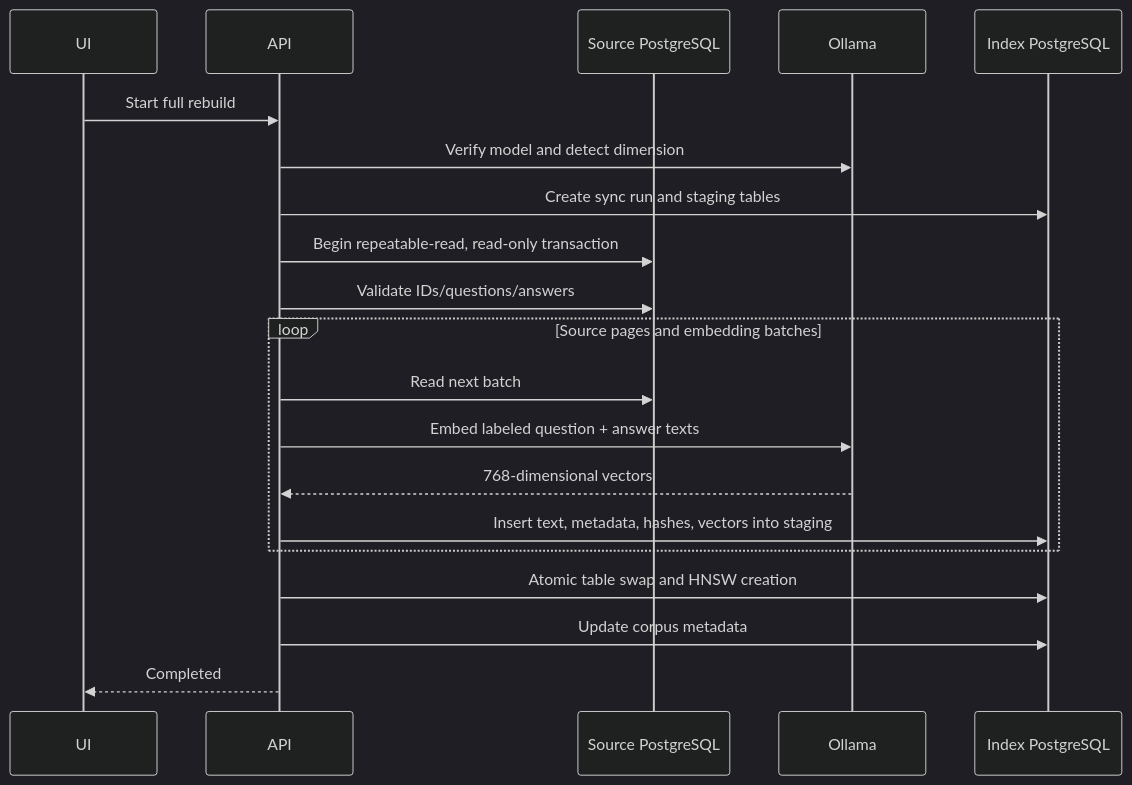
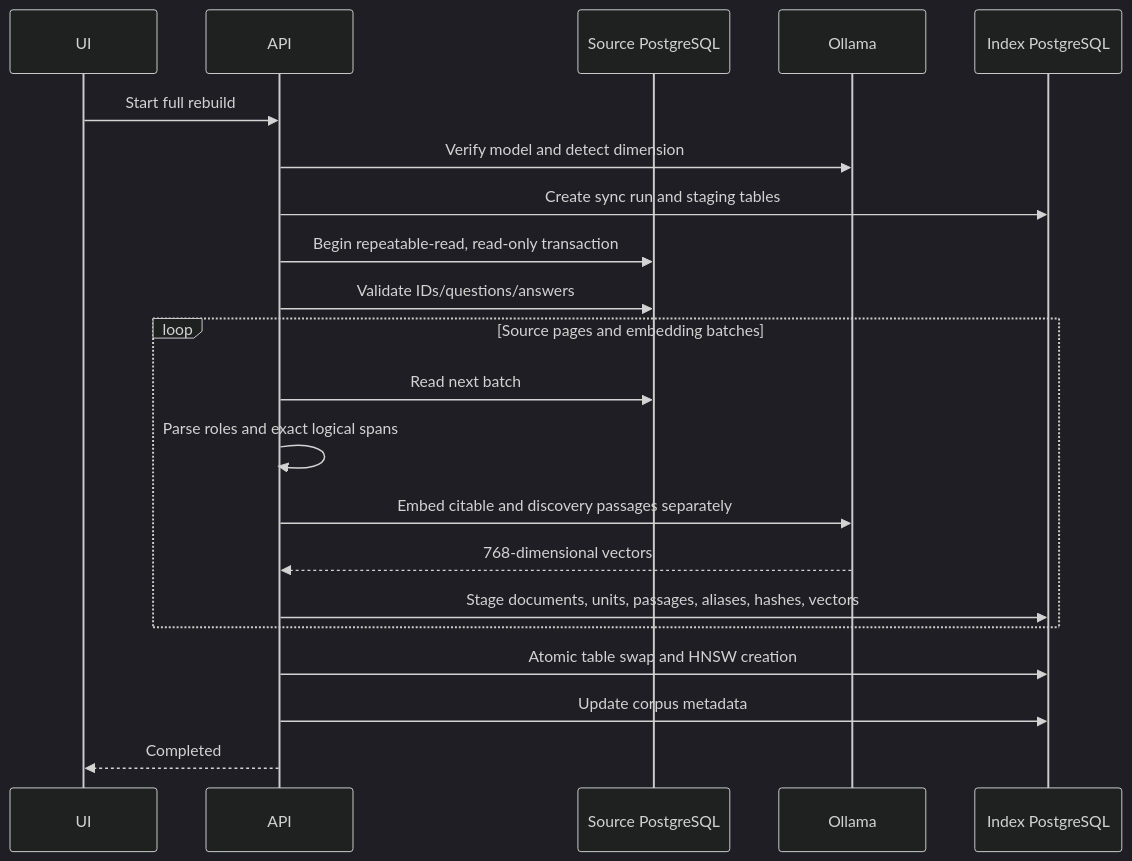
Before and after one commit to Ramakanth001/tools: the third of 4 diagrams in semantic-qa/ARCHITECTURE.md, drawn with Mermaid (dark theme). The commit also changed other lines of this file and 3 other files, not shown here.

First line of the commit message:
docs(corpus): document the v5 role-aware retrieval architecture and operational flow

````diff
--- a/semantic-qa/ARCHITECTURE.md
+++ b/semantic-qa/ARCHITECTURE.md
@@ -420,23 +410,24 @@
 ```mermaid
 sequenceDiagram
     participant UI
     participant API
     participant Source as Source PostgreSQL
     participant Ollama
     participant Index as Index PostgreSQL
 
     UI->>API: Start full rebuild
     API->>Ollama: Verify model and detect dimension
     API->>Index: Create sync run and staging tables
     API->>Source: Begin repeatable-read, read-only transaction
     API->>Source: Validate IDs/questions/answers
     loop Source pages and embedding batches
         API->>Source: Read next batch
-        API->>Ollama: Embed labeled question + answer texts
+        API->>API: Parse roles and exact logical spans
+        API->>Ollama: Embed citable and discovery passages separately
         Ollama-->>API: 768-dimensional vectors
-        API->>Index: Insert text, metadata, hashes, vectors into staging
+        API->>Index: Stage documents, units, passages, aliases, hashes, vectors
     end
     API->>Index: Atomic table swap and HNSW creation
     API->>Index: Update corpus metadata
     API-->>UI: Completed
 ```
````
